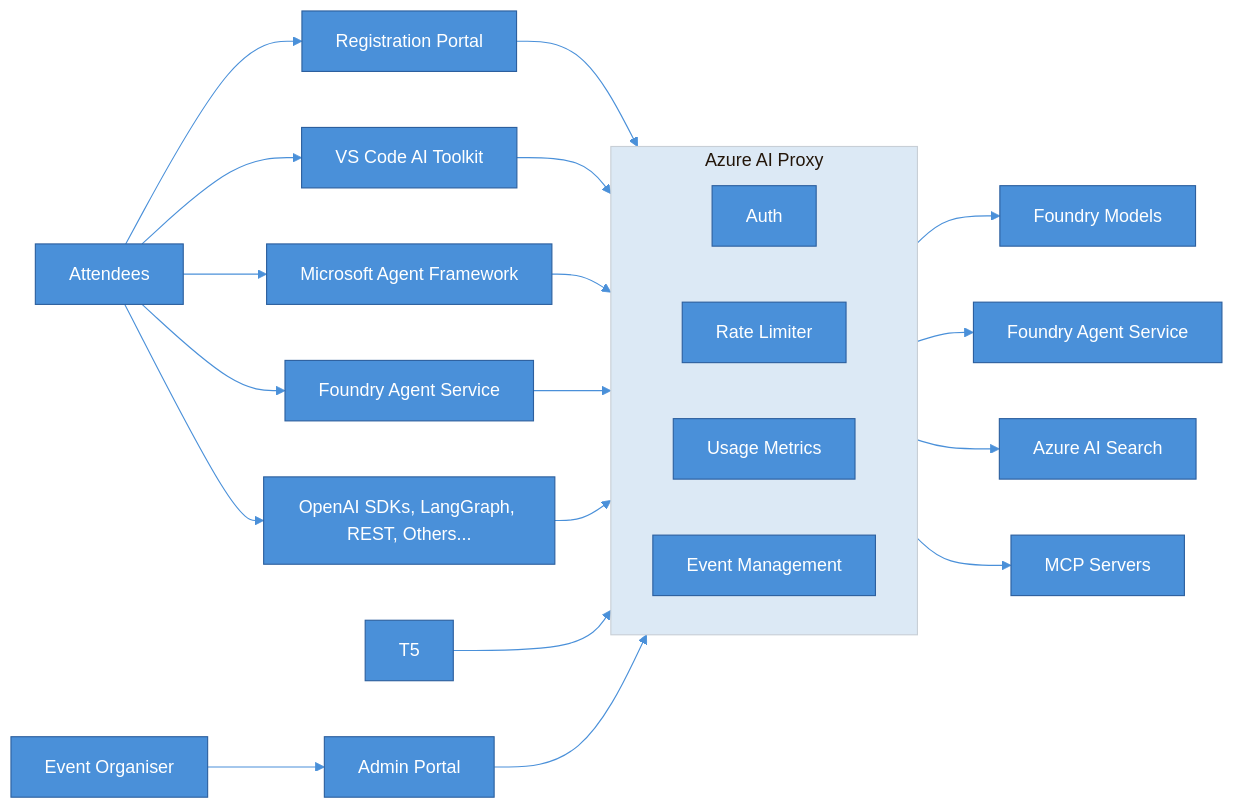
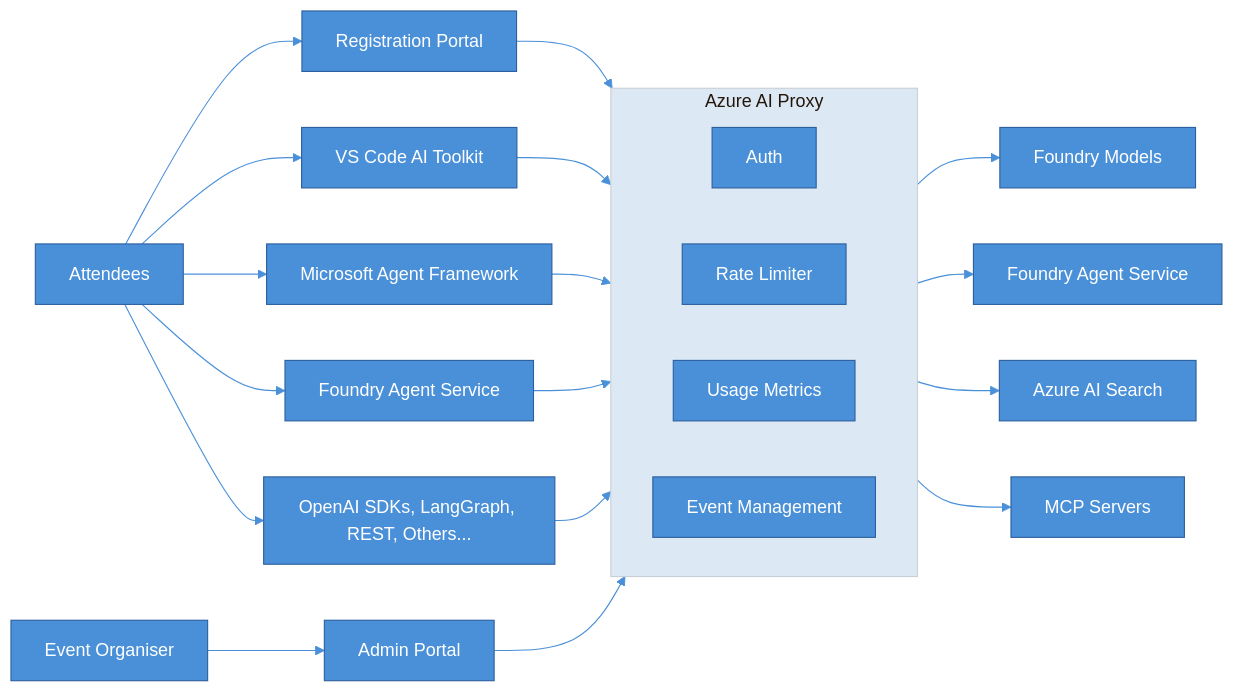
Before and after one commit to gloveboxes/azure-ai-proxy-lite: the diagram in README.md, drawn with Mermaid. The commit also changed 1 other file, not shown here.

````diff
--- a/README.md
+++ b/README.md
@@ -11,32 +11,31 @@
 ```mermaid
 %%{init: {'theme': 'base', 'themeVariables': {'primaryColor': '#4a90d9', 'primaryTextColor': '#ffffff', 'primaryBorderColor': '#2c5f9e', 'lineColor': '#4a90d9', 'secondaryColor': '#a8c8e8', 'tertiaryColor': '#dce9f5'}}}%%
 graph LR
     Attendees --> Reg[Registration Portal]
     Attendees --> T1[VS Code AI Toolkit]
     Attendees --> T2[Microsoft Agent Framework]
     Attendees --> T3[Foundry Agent Service]
     Attendees --> T4[OpenAI SDKs, LangGraph, REST, Others...]
 
     Organiser[Event Organiser] --> Admin[Admin Portal]
 
     Reg --> Azure_AI_Proxy
     T1 --> Azure_AI_Proxy
     T2 --> Azure_AI_Proxy
     T3 --> Azure_AI_Proxy
     T4 --> Azure_AI_Proxy
-    T5 --> Azure_AI_Proxy
     Admin --> Azure_AI_Proxy
 
     subgraph Azure_AI_Proxy[Azure AI Proxy]
         direction LR
         P1[Auth]
         P2[Rate Limiter]
         P3[Usage Metrics]
         P4[Event Management]
     end
 
     Azure_AI_Proxy --> A1[Foundry Models]
     Azure_AI_Proxy --> A2[Foundry Agent Service]
     Azure_AI_Proxy --> A3[Azure AI Search]
     Azure_AI_Proxy --> A4[MCP Servers]
 ```
````
